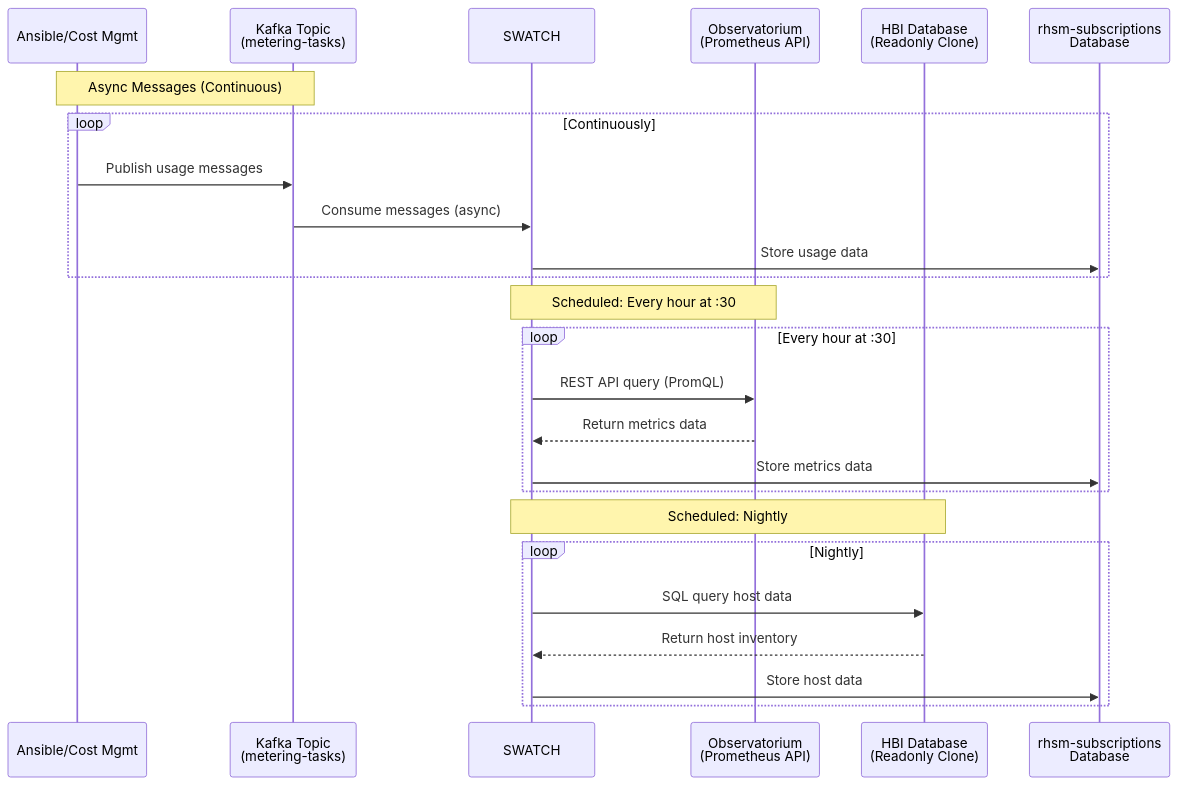
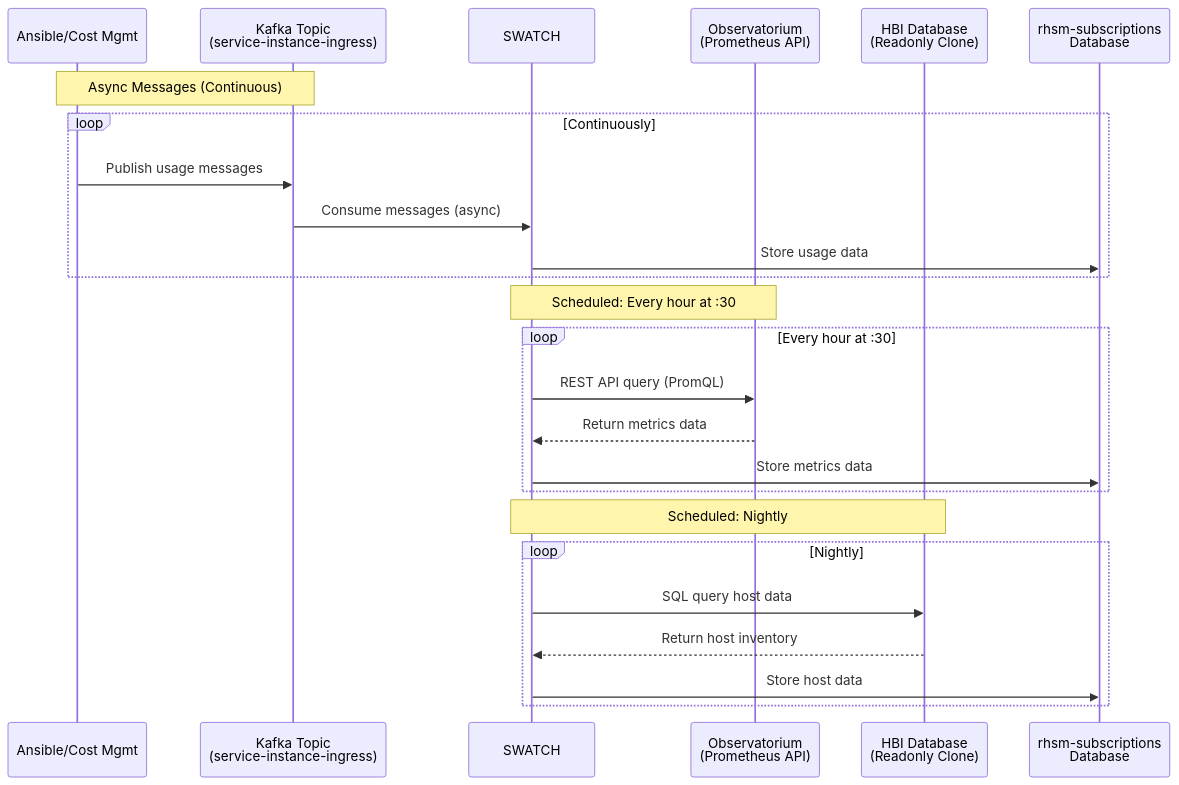
The third of 4 diagrams in docs/usage-data-sources.md (RedHatInsights/rhsm-subscriptions), drawn with Mermaid before and after one commit. The commit also changed other lines of this file, not shown here.

First line of the commit message:
Fix Kafka topic name in usage data sources diagram

````diff
--- a/docs/usage-data-sources.md
+++ b/docs/usage-data-sources.md
@@ -138,30 +138,30 @@
 ```mermaid
 sequenceDiagram
     participant ANSIBLE as Ansible/Cost Mgmt
-    participant KAFKA as Kafka Topic<br/>(metering-tasks)
+    participant KAFKA as Kafka Topic<br/>(service-instance-ingress)
     participant SWATCH as SWATCH
     participant OBSERVATORIUM as Observatorium<br/>(Prometheus API)
     participant HBI_DB as HBI Database<br/>(Readonly Clone)
     participant SWATCH_DB as rhsm-subscriptions<br/>Database
 
     Note over ANSIBLE,KAFKA: Async Messages (Continuous)
     loop Continuously
         ANSIBLE->>KAFKA: Publish usage messages
         KAFKA->>SWATCH: Consume messages (async)
         SWATCH->>SWATCH_DB: Store usage data
     end
 
     Note over SWATCH,OBSERVATORIUM: Scheduled: Every hour at :30
     loop Every hour at :30
         SWATCH->>OBSERVATORIUM: REST API query (PromQL)
         OBSERVATORIUM-->>SWATCH: Return metrics data
         SWATCH->>SWATCH_DB: Store metrics data
     end
 
     Note over SWATCH,HBI_DB: Scheduled: Nightly
     loop Nightly
         SWATCH->>HBI_DB: SQL query host data
         HBI_DB-->>SWATCH: Return host inventory
         SWATCH->>SWATCH_DB: Store host data
     end
 ```
````
